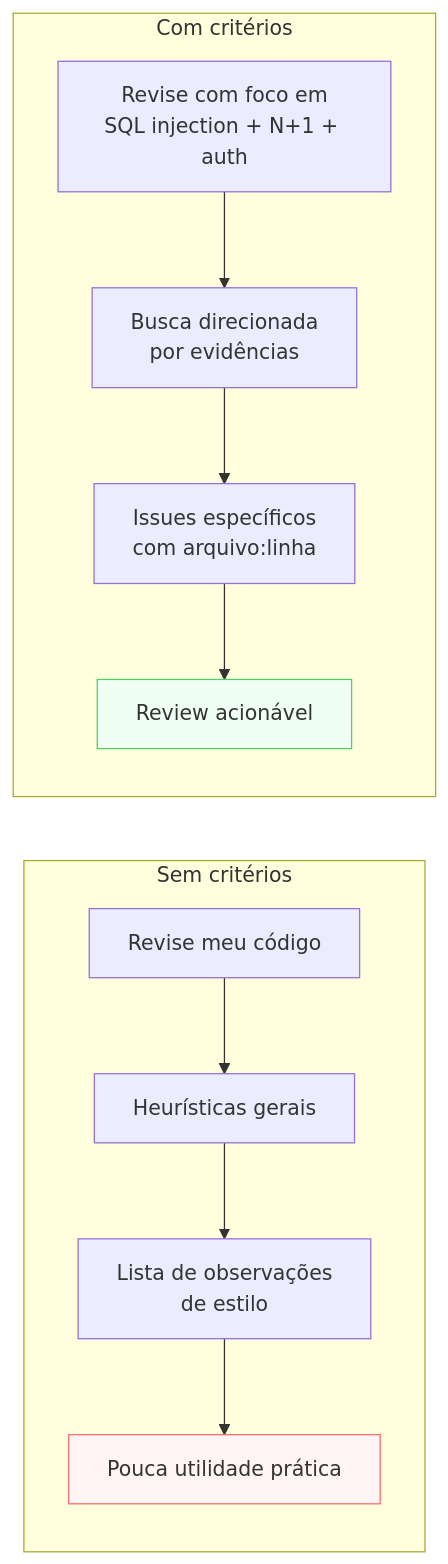
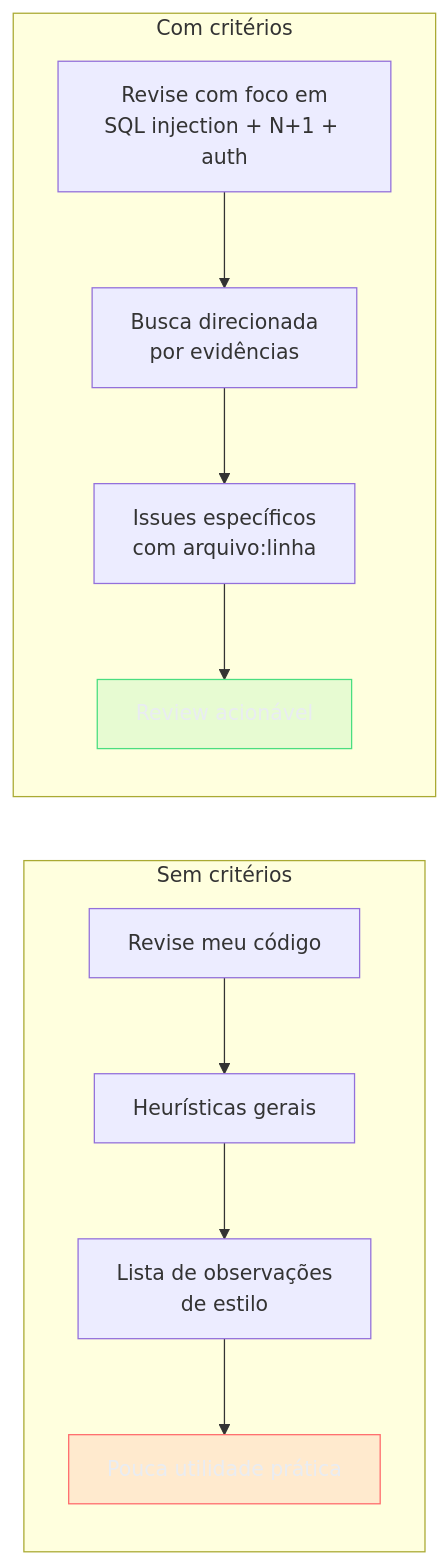
One commit to josenaldo/codex-technomanticus changed the first of 2 diagrams in 03-Dominios/Tecnologia/IA/Claude Code/Workflows/05 - Code review.md. Above: the diagram before and after it, drawn with Mermaid. The commit also changed 1181 other files, not shown here.

First line of the commit message:
fix(diagramas): paleta do sistema no lugar de cor cravada no markdown

````diff
--- a/03-Dominios/Tecnologia/IA/Claude Code/Workflows/05 - Code review.md
+++ b/03-Dominios/Tecnologia/IA/Claude Code/Workflows/05 - Code review.md
@@ -30,17 +30,19 @@
 ```mermaid
 flowchart LR
+    classDef falha fill:#FF6B6B24,stroke:#FF6B6B,color:#E9ECF2
+    classDef ok fill:#4ADE8021,stroke:#4ADE80,color:#E9ECF2
     subgraph SEM ["Sem critérios"]
         A[Revise meu código] --> B[Heurísticas gerais]
         B --> C[Lista de observações\nde estilo]
         C --> D[Pouca utilidade prática]
     end
 
     subgraph COM ["Com critérios"]
         E[Revise com foco em\nSQL injection + N+1 + auth] --> F[Busca direcionada\npor evidências]
         F --> G[Issues específicos\ncom arquivo:linha]
         G --> H[Review acionável]
     end
 
-    style D fill:#fff5f5,stroke:#ff6b6b
-    style H fill:#f0fff4,stroke:#51cf66
+    class D falha
+    class H ok
 ```
````
